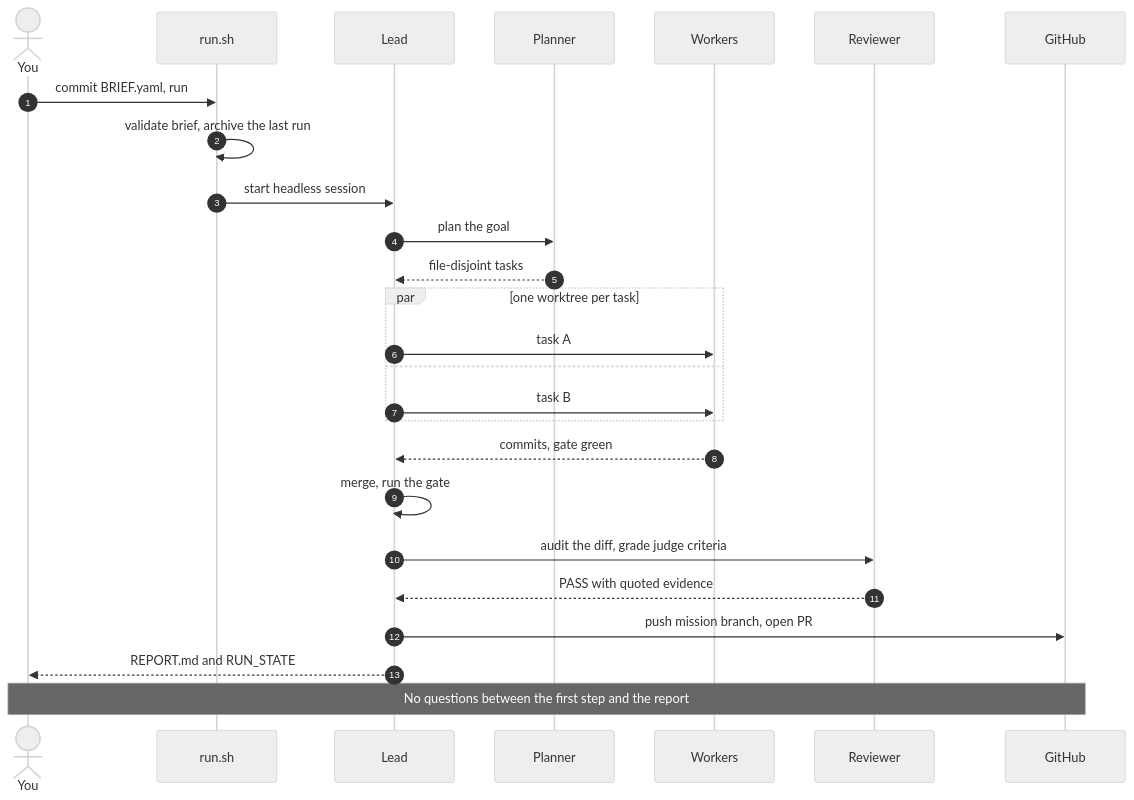
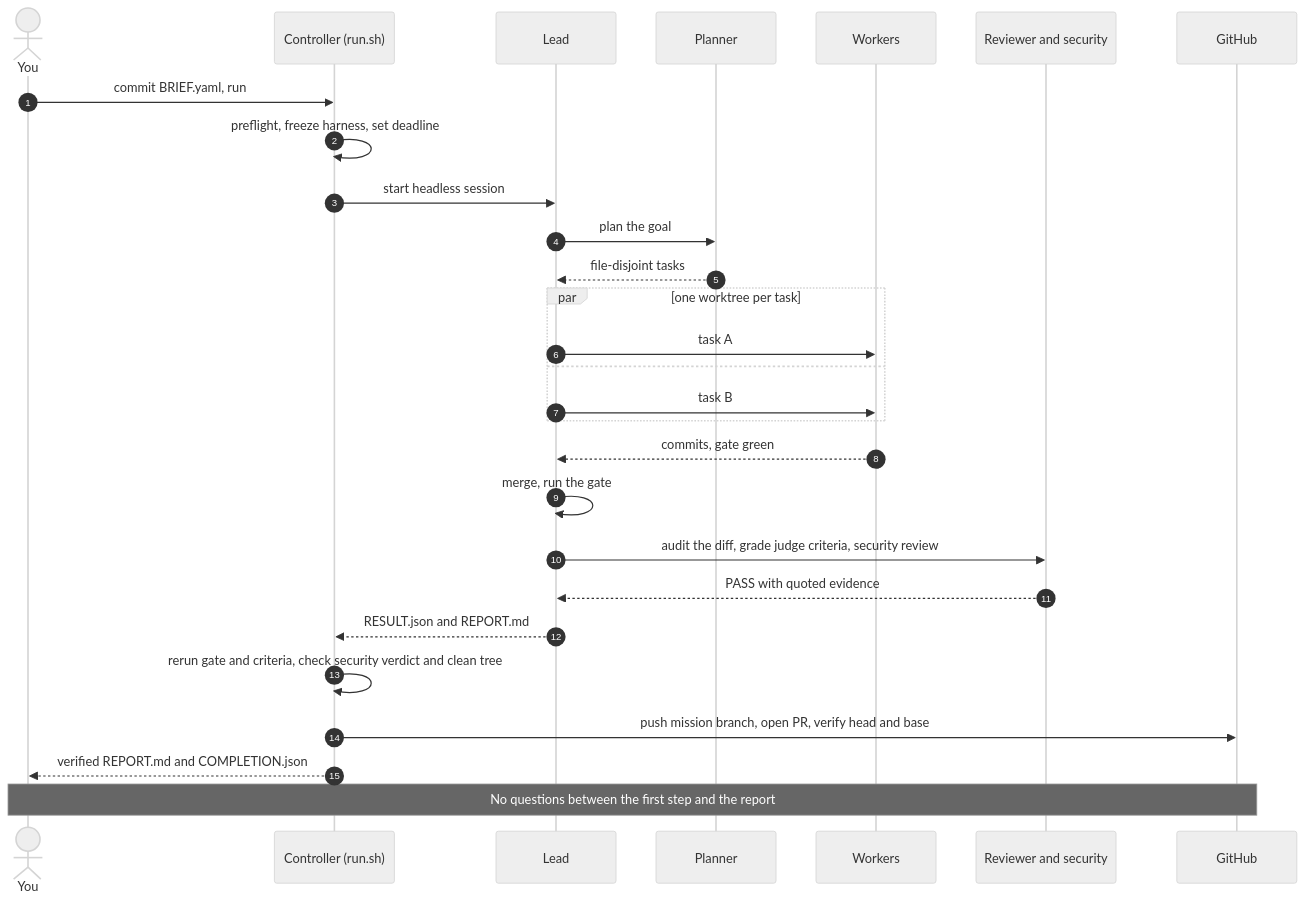
The third of 5 diagrams in README.md (Jimmycarroll2021/quickship), drawn with Mermaid (neutral theme) before and after one commit. The commit also changed other lines of this file and 48 other files, not shown here.

First line of the commit message:
Release Quickship v0.3.0: verified completion and safer execution

````diff
--- a/README.md
+++ b/README.md
@@ -143,28 +159,30 @@
 ```mermaid
 sequenceDiagram
     autonumber
     actor You
-    participant R as run.sh
+    participant R as Controller (run.sh)
     participant L as Lead
     participant P as Planner
     participant W as Workers
-    participant V as Reviewer
+    participant V as Reviewer and security
     participant G as GitHub
     You->>R: commit BRIEF.yaml, run
-    R->>R: validate brief, archive the last run
+    R->>R: preflight, freeze harness, set deadline
     R->>L: start headless session
     L->>P: plan the goal
     P-->>L: file-disjoint tasks
     par one worktree per task
         L->>W: task A
     and
         L->>W: task B
     end
     W-->>L: commits, gate green
     L->>L: merge, run the gate
-    L->>V: audit the diff, grade judge criteria
+    L->>V: audit the diff, grade judge criteria, security review
     V-->>L: PASS with quoted evidence
-    L->>G: push mission branch, open PR
-    L-->>You: REPORT.md and RUN_STATE
+    L-->>R: RESULT.json and REPORT.md
+    R->>R: rerun gate and criteria, check security verdict and clean tree
+    R->>G: push mission branch, open PR, verify head and base
+    R-->>You: verified REPORT.md and COMPLETION.json
     Note over You,G: No questions between the first step and the report
 ```
````
